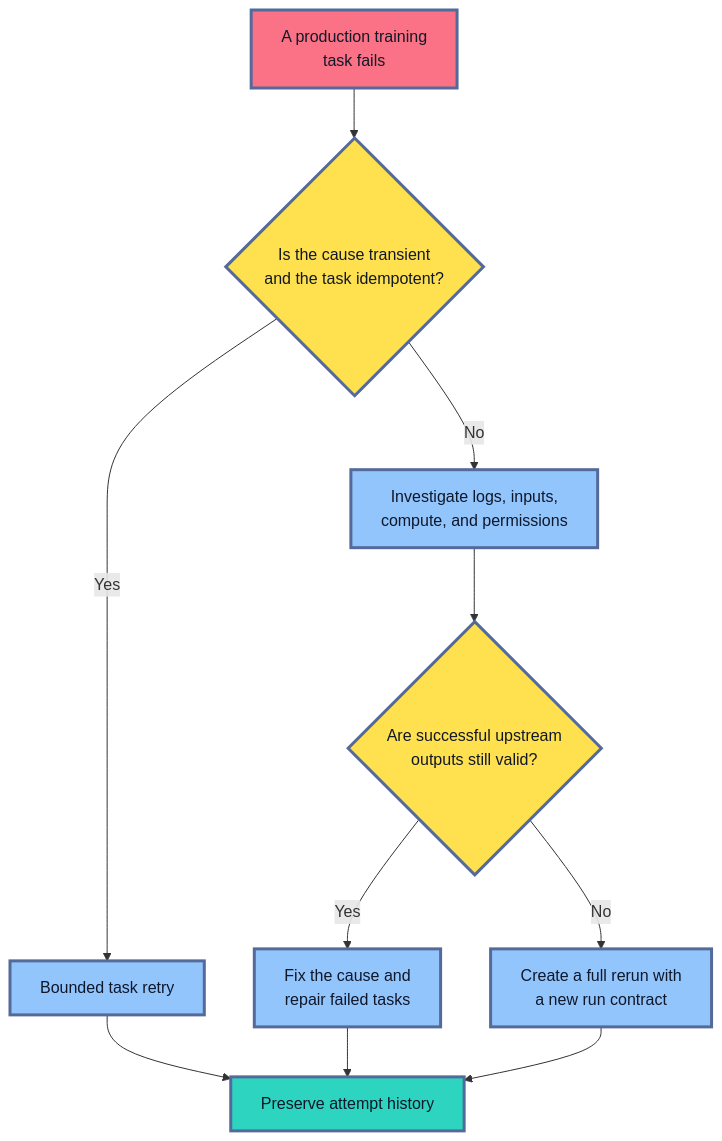
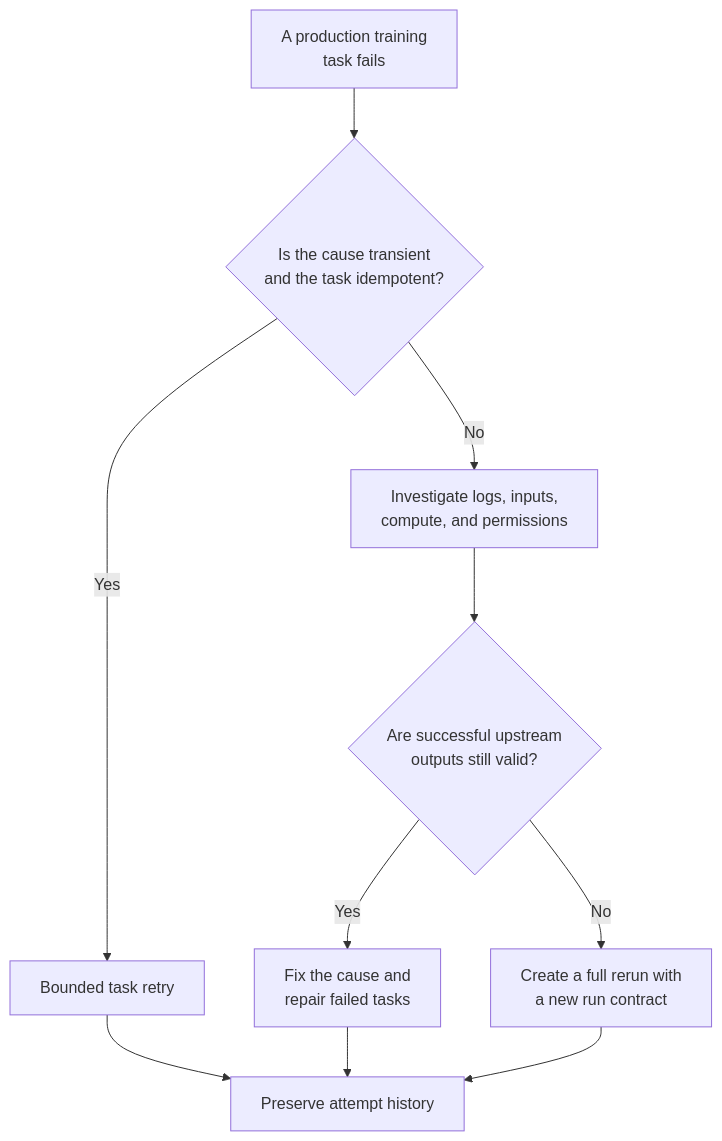
The fifth of 5 diagrams in roadmaps/mlops/modules/mlops-infrastructure/cloud-mlops-services/databricks-mlops/05-production-training-lakeflow-jobs.md (senlinyy/dev-roadmaps), drawn with Mermaid before and after one commit. The commit also changed other lines of this file and 152 other files, not shown here.

Commit message:
feat: mlops and diagrams updated

````diff
--- a/roadmaps/mlops/modules/mlops-infrastructure/cloud-mlops-services/databricks-mlops/05-production-training-lakeflow-jobs.md
+++ b/roadmaps/mlops/modules/mlops-infrastructure/cloud-mlops-services/databricks-mlops/05-production-training-lakeflow-jobs.md
@@ -488,21 +473,17 @@
 ```mermaid
 flowchart TD
     A["A production training<br/>task fails"] --> B{"Is the cause transient<br/>and the task idempotent?"}
     B -->|"Yes"| C["Bounded task retry"]
     B -->|"No"| D["Investigate logs, inputs,<br/>compute, and permissions"]
     D --> E{"Are successful upstream<br/>outputs still valid?"}
     E -->|"Yes"| F["Fix the cause and<br/>repair failed tasks"]
     E -->|"No"| G["Create a full rerun with<br/>a new run contract"]
     C --> H["Preserve attempt history"]
     F --> H
     G --> H
 
-    classDef event fill:#FB7185,stroke:#536A9A,stroke-width:3px,color:#111827
-    classDef decision fill:#FFE04F,stroke:#536A9A,stroke-width:3px,color:#111827
-    classDef action fill:#93C5FD,stroke:#536A9A,stroke-width:3px,color:#0F172A
-    classDef record fill:#2DD4BF,stroke:#536A9A,stroke-width:3px,color:#0F172A
     class A event
     class B,E decision
     class C,D,F,G action
     class H record
 ```
````
